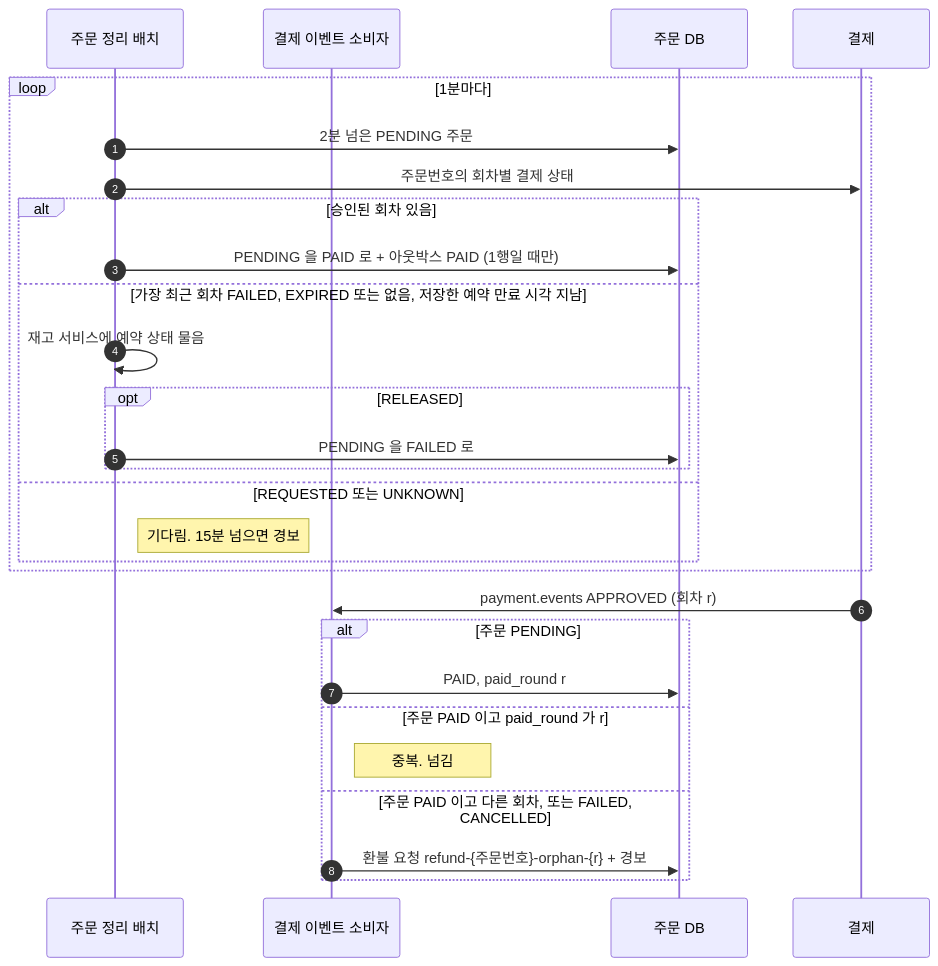
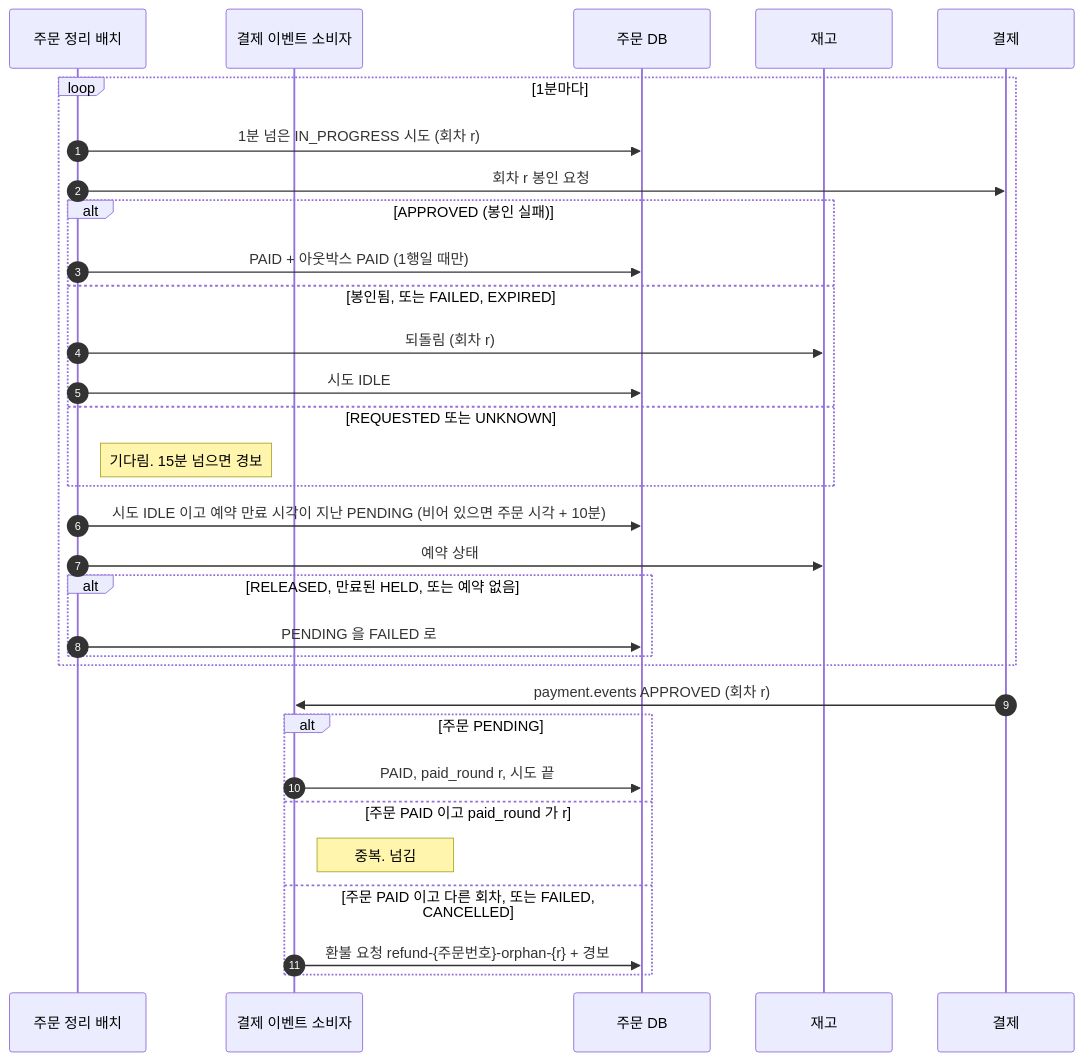
One commit to Bamdule/dawn-delivery-commerce changed the sixth of 6 diagrams in docs/sequence/01-주문과-결제.md. Above: the diagram before and after it, drawn with Mermaid. The commit also changed other lines of this file and 12 other files, not shown here.

````diff
--- a/docs/sequence/01-주문과-결제.md
+++ b/docs/sequence/01-주문과-결제.md
@@ -211,32 +207,37 @@
 ```mermaid
 sequenceDiagram
     autonumber
     participant 정리배치 as 주문 정리 배치
     participant 소비자 as 결제 이벤트 소비자
     participant 주문 as 주문 DB
+    participant 재고
     participant 결제
 
     loop 1분마다
-        정리배치->>주문: 2분 넘은 PENDING 주문
-        정리배치->>결제: 주문번호의 회차별 결제 상태
-        alt 승인된 회차 있음
-            정리배치->>주문: PENDING 을 PAID 로 + 아웃박스 PAID (1행일 때만)
-        else 가장 최근 회차 FAILED, EXPIRED 또는 없음, 저장한 예약 만료 시각 지남
-            정리배치->>정리배치: 재고 서비스에 예약 상태 물음
-            opt RELEASED
-                정리배치->>주문: PENDING 을 FAILED 로
-            end
+        정리배치->>주문: 1분 넘은 IN_PROGRESS 시도 (회차 r)
+        정리배치->>결제: 회차 r 봉인 요청
+        alt APPROVED (봉인 실패)
+            정리배치->>주문: PAID + 아웃박스 PAID (1행일 때만)
+        else 봉인됨, 또는 FAILED, EXPIRED
+            정리배치->>재고: 되돌림 (회차 r)
+            정리배치->>주문: 시도 IDLE
         else REQUESTED 또는 UNKNOWN
             Note right of 정리배치: 기다림. 15분 넘으면 경보
+        end
+
+        정리배치->>주문: 시도 IDLE 이고 예약 만료 시각이 지난 PENDING (비어 있으면 주문 시각 + 10분)
+        정리배치->>재고: 예약 상태
+        alt RELEASED, 만료된 HELD, 또는 예약 없음
+            정리배치->>주문: PENDING 을 FAILED 로
         end
     end
 
     결제->>소비자: payment.events APPROVED (회차 r)
     alt 주문 PENDING
-        소비자->>주문: PAID, paid_round r
+        소비자->>주문: PAID, paid_round r, 시도 끝
     else 주문 PAID 이고 paid_round 가 r
         Note right of 소비자: 중복. 넘김
     else 주문 PAID 이고 다른 회차, 또는 FAILED, CANCELLED
         소비자->>주문: 환불 요청 refund-{주문번호}-orphan-{r} + 경보
     end
 ```
````
